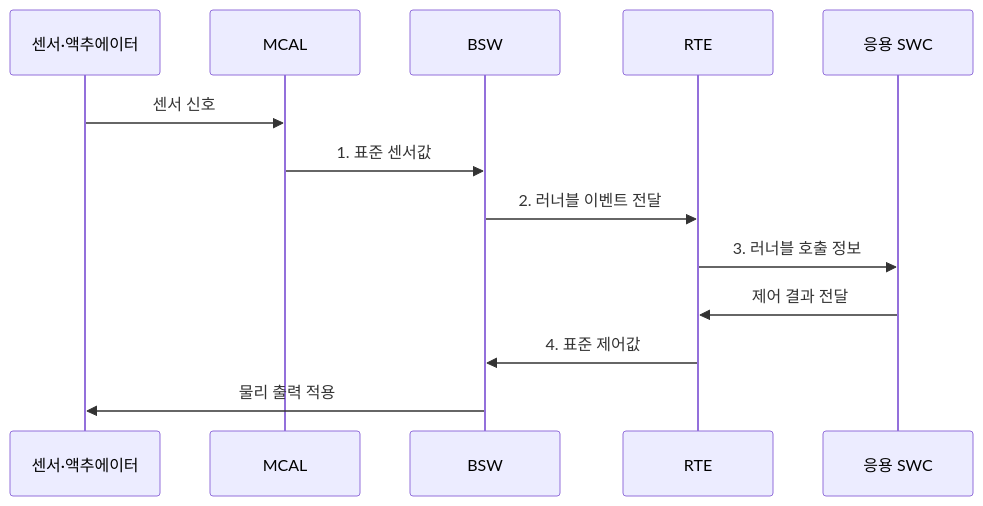
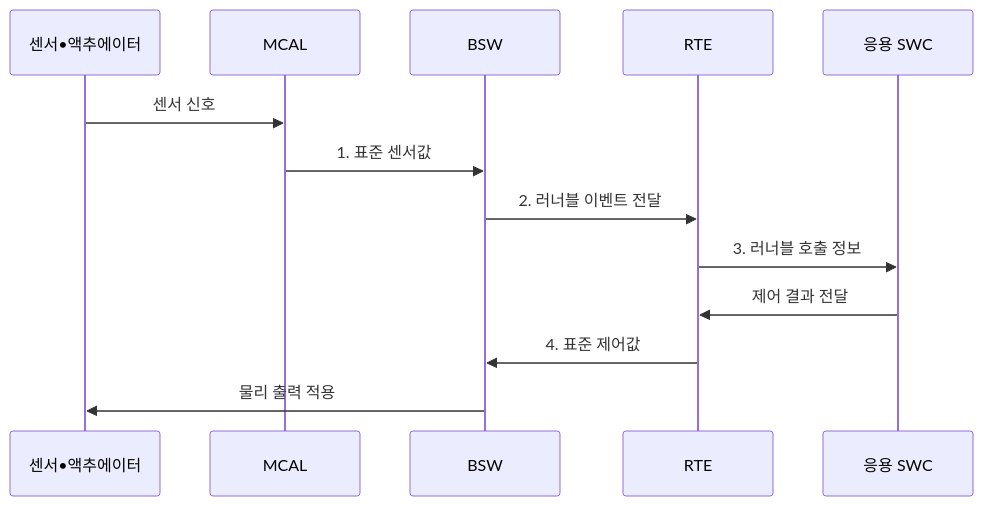
One commit to agnusdei1207/knowledge-base changed the second of 2 diagrams in src/content/docs/notes/02-hardware/067_autosar.md. Above: the diagram before and after it, drawn with Mermaid. The commit also changed other lines of this file and 953 other files, not shown here.

````diff
--- a/src/content/docs/notes/02-hardware/067_autosar.md
+++ b/src/content/docs/notes/02-hardware/067_autosar.md
@@ -103,16 +103,16 @@
 ```mermaid
 sequenceDiagram
-    participant D as 센서·액추에이터
+    participant D as 센서•액추에이터
     participant M as MCAL
     participant B as BSW
     participant R as RTE
     participant W as 응용 SWC
 
     D->>M: 센서 신호
     M->>B: 1. 표준 센서값
     B->>R: 2. 러너블 이벤트 전달
     R->>W: 3. 러너블 호출 정보
     W->>R: 제어 결과 전달
     R->>B: 4. 표준 제어값
     B->>D: 물리 출력 적용
 ```
````
